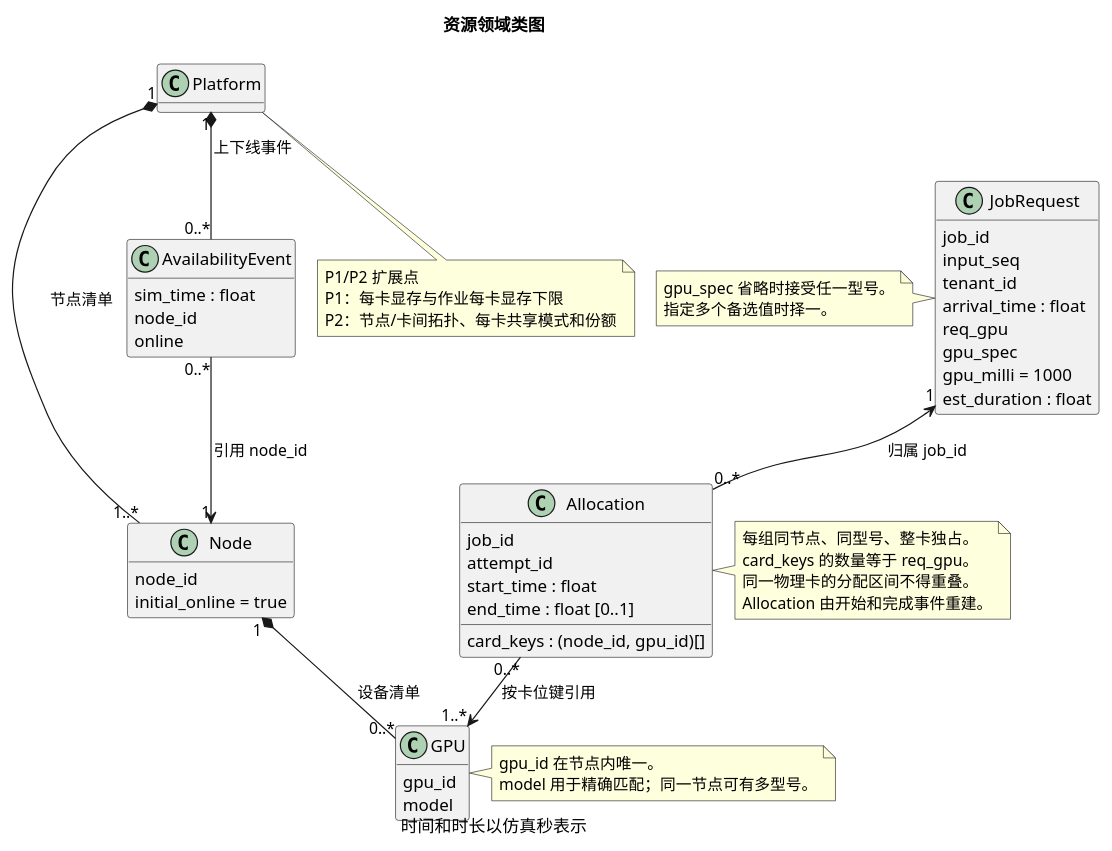
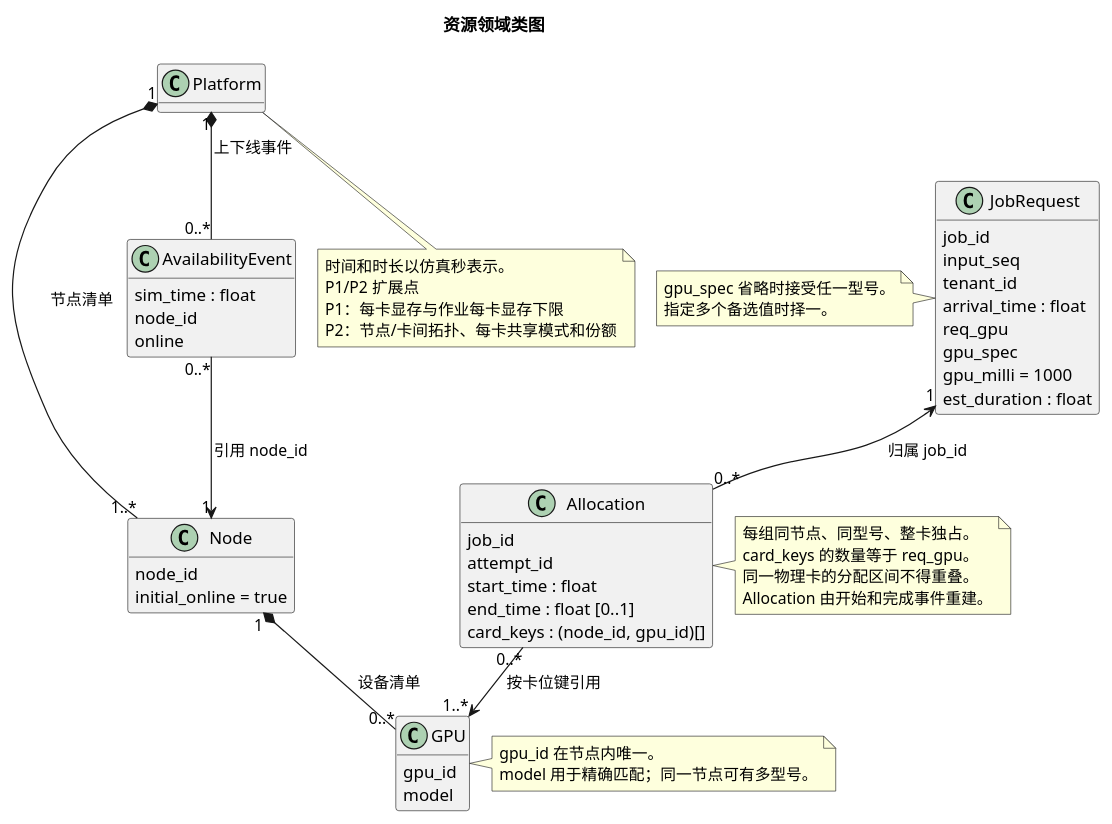
The diagram in 概要设计/diagrams/resource-domain-class.puml (Sugaria0427/FlowScape), drawn with PlantUML before and after one commit. The commit also changed 1 other file, not shown here.

Commit message:
docs: 调整资源领域类图的字段与注释布局

```diff
--- a/概要设计/diagrams/resource-domain-class.puml
+++ b/概要设计/diagrams/resource-domain-class.puml
@@ -1,67 +1,67 @@
 @startuml
 !pragma layout smetana
 title 资源领域类图
-caption 时间和时长以仿真秒表示
 skinparam shadowing false
 skinparam classAttributeIconSize 0
 hide empty methods
 
 class Platform
 class Node {
   node_id
   initial_online = true
 }
 class GPU {
   gpu_id
   model
 }
 class AvailabilityEvent {
   sim_time : float
   node_id
   online
 }
 class JobRequest {
   job_id
   input_seq
   tenant_id
   arrival_time : float
   req_gpu
   gpu_spec
   gpu_milli = 1000
   est_duration : float
 }
 class Allocation {
   job_id
   attempt_id
   start_time : float
   end_time : float [0..1]
-  card_keys : (node_id, gpu_id)[]
+  {field} card_keys : (node_id, gpu_id)[]
 }
 
 Platform "1" *-- "1..*" Node : 节点清单
 Platform "1" *-- "0..*" AvailabilityEvent : 上下线事件
 Node "1" *-- "0..*" GPU : 设备清单
 AvailabilityEvent "0..*" --> "1" Node : 引用 node_id
 JobRequest "1" <-- "0..*" Allocation : 归属 job_id
 Allocation "0..*" --> "1..*" GPU : 按卡位键引用
 
 note right of GPU
   gpu_id 在节点内唯一。
   model 用于精确匹配；同一节点可有多型号。
 end note
 note left of JobRequest
   gpu_spec 省略时接受任一型号。
   指定多个备选值时择一。
 end note
 note right of Allocation
   每组同节点、同型号、整卡独占。
   card_keys 的数量等于 req_gpu。
   同一物理卡的分配区间不得重叠。
   Allocation 由开始和完成事件重建。
 end note
 note bottom of Platform
+  时间和时长以仿真秒表示。
   P1/P2 扩展点
   P1：每卡显存与作业每卡显存下限
   P2：节点/卡间拓扑、每卡共享模式和份额
 end note
 @enduml
```
